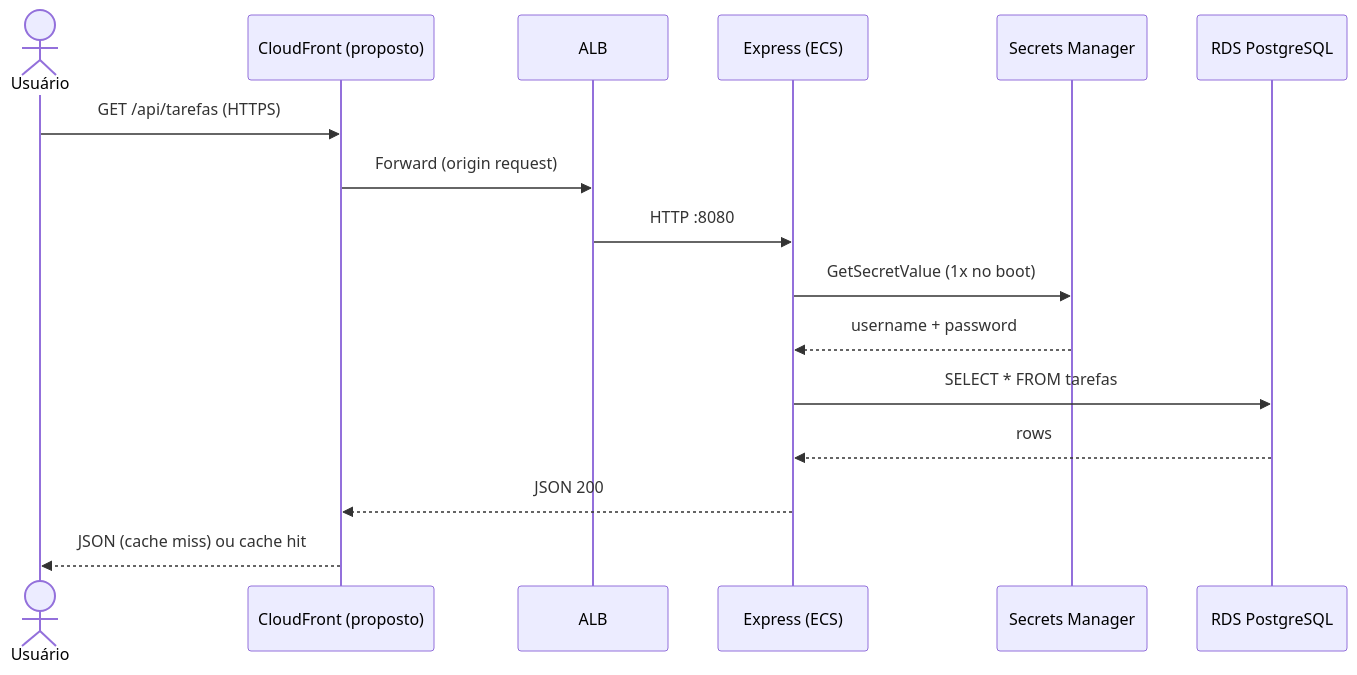
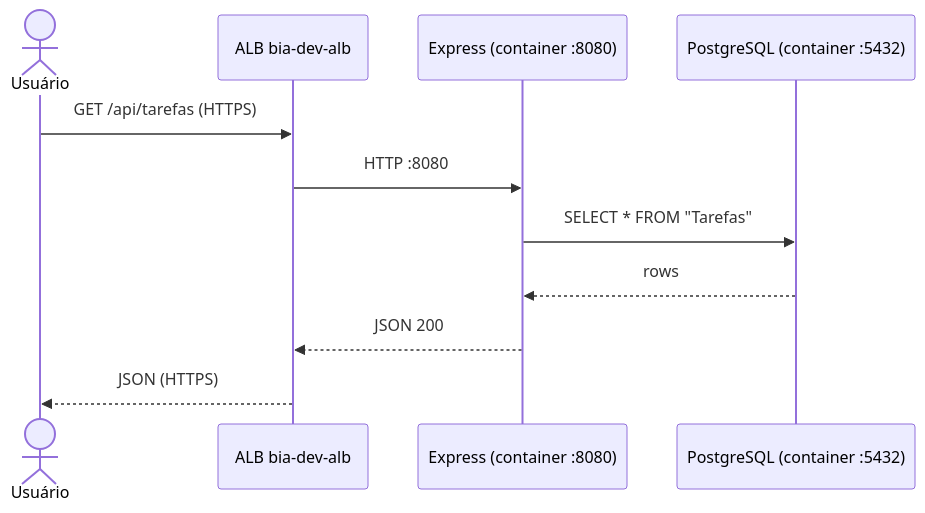
The third of 5 diagrams in docs/arquitetura-servico.md (poccodedf/bia), drawn with Mermaid before and after one commit. The commit also changed other lines of this file and 12 other files, not shown here.

Commit message:
feat: update environment configuration and deployment scripts for bia-dev

````diff
--- a/docs/arquitetura-servico.md
+++ b/docs/arquitetura-servico.md
@@ -107,19 +94,14 @@
 ```mermaid
 sequenceDiagram
     actor U as Usuário
-    participant CF as CloudFront (proposto)
-    participant ALB as ALB
-    participant API as Express (ECS)
-    participant SM as Secrets Manager
-    participant DB as RDS PostgreSQL
+    participant ALB as ALB bia-dev-alb
+    participant API as Express (container :8080)
+    participant DB as PostgreSQL (container :5432)
 
-    U->>CF: GET /api/tarefas (HTTPS)
-    CF->>ALB: Forward (origin request)
+    U->>ALB: GET /api/tarefas (HTTPS)
     ALB->>API: HTTP :8080
-    API->>SM: GetSecretValue (1x no boot)
-    SM-->>API: username + password
-    API->>DB: SELECT * FROM tarefas
+    API->>DB: SELECT * FROM "Tarefas"
     DB-->>API: rows
-    API-->>CF: JSON 200
-    CF-->>U: JSON (cache miss) ou cache hit
+    API-->>ALB: JSON 200
+    ALB-->>U: JSON (HTTPS)
 ```
````
